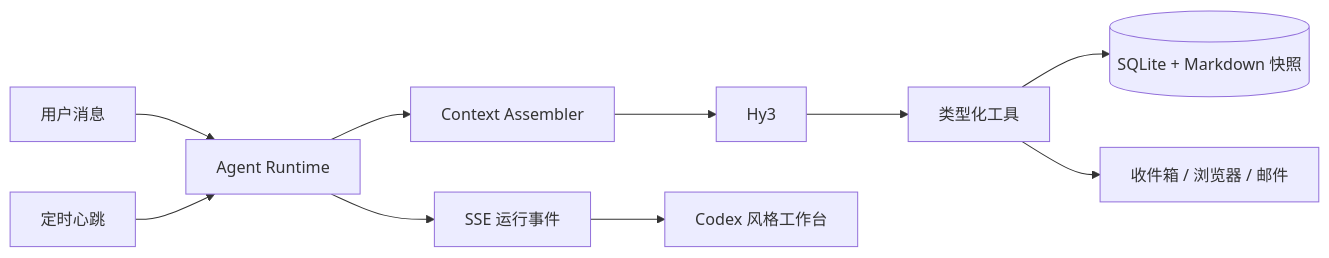
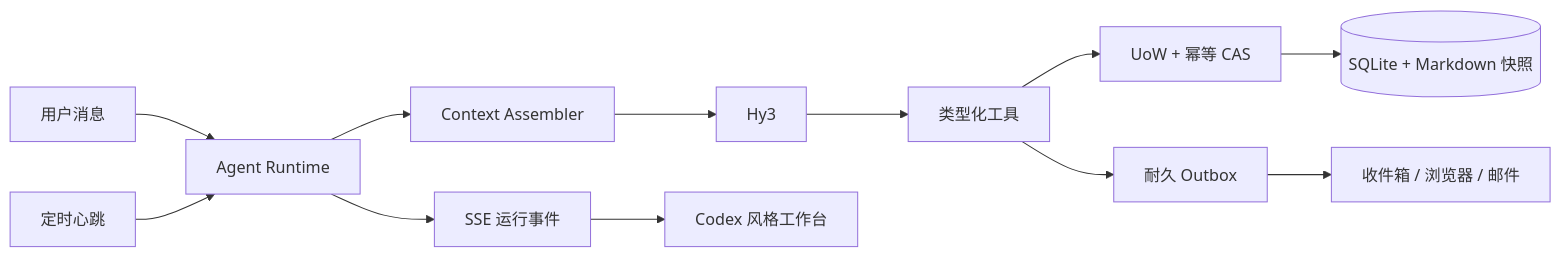
One commit to zmuxuny/hy3-learning-agent changed the diagram in README.md. Above: the diagram before and after it, drawn with Mermaid. The commit also changed other lines of this file and 87 other files, not shown here.

````diff
--- a/README.md
+++ b/README.md
@@ -24,12 +24,14 @@
 ```mermaid
 flowchart LR
     U[用户消息] --> R[Agent Runtime]
     H[定时心跳] --> R
     R --> C[Context Assembler]
     C --> M[Hy3]
     M --> T[类型化工具]
-    T --> D[(SQLite + Markdown 快照)]
-    T --> N[收件箱 / 浏览器 / 邮件]
+    T --> Q[UoW + 幂等 CAS]
+    Q --> D[(SQLite + Markdown 快照)]
+    T --> O[耐久 Outbox]
+    O --> N[收件箱 / 浏览器 / 邮件]
     R --> E[SSE 运行事件]
     E --> W[Codex 风格工作台]
 ```
````
